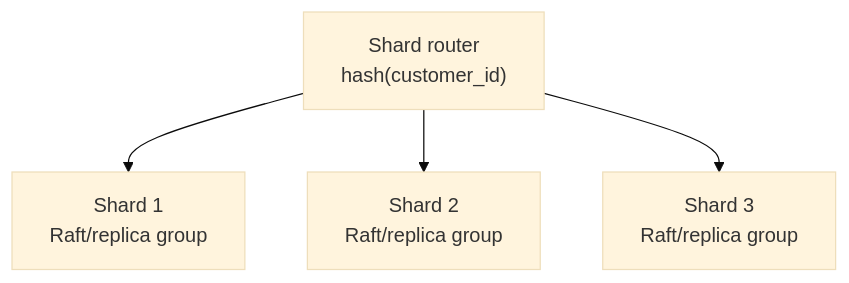
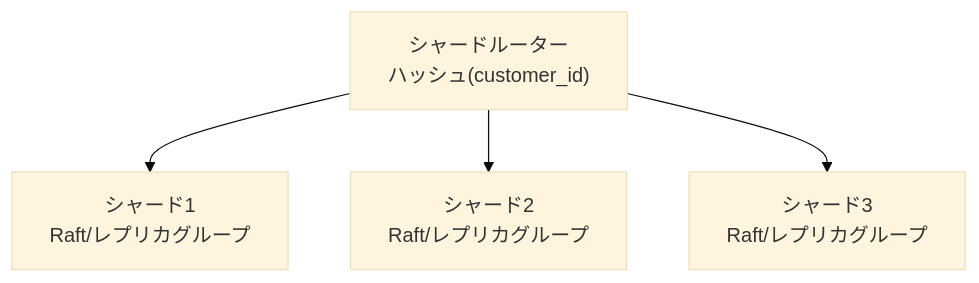
Before and after one commit to hirunebot/database-systems-book: the sixth of 8 diagrams in src/content/docs/06-operations/18-capstone.md, drawn with Mermaid (base theme). The commit also changed other lines of this file and 42 other files, not shown here.

````diff
--- a/src/content/docs/06-operations/18-capstone.md
+++ b/src/content/docs/06-operations/18-capstone.md
@@ -400,7 +400,7 @@
 ```mermaid
 flowchart TB
-    Router["Shard router<br/>hash(customer_id)"]
-    Router --> S1["Shard 1<br/>Raft/replica group"]
-    Router --> S2["Shard 2<br/>Raft/replica group"]
-    Router --> S3["Shard 3<br/>Raft/replica group"]
+    Router["シャードルーター<br/>ハッシュ(customer_id)"]
+    Router --> S1["シャード1<br/>Raft/レプリカグループ"]
+    Router --> S2["シャード2<br/>Raft/レプリカグループ"]
+    Router --> S3["シャード3<br/>Raft/レプリカグループ"]
 ```
````
